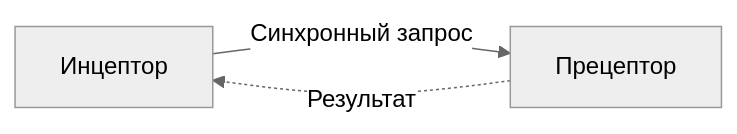
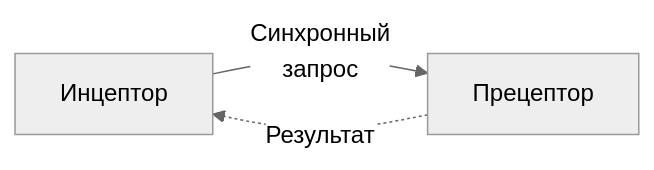
One commit to johnthesmith/scraps changed the first of 5 diagrams in ru/siama.md. Above: the diagram before and after it, drawn with Mermaid (neutral theme).

````diff
--- a/ru/siama.md
+++ b/ru/siama.md
@@ -28,8 +28,8 @@
 ```mermaid
 graph LR;
     inceptor[Инцептор]
     preceptor[Прецептор]
 
-    inceptor --> |Синхронный запрос| preceptor;
+    inceptor --> |Синхронный<br>запрос| preceptor;
     preceptor -.-> |Результат| inceptor;
 ```
````
